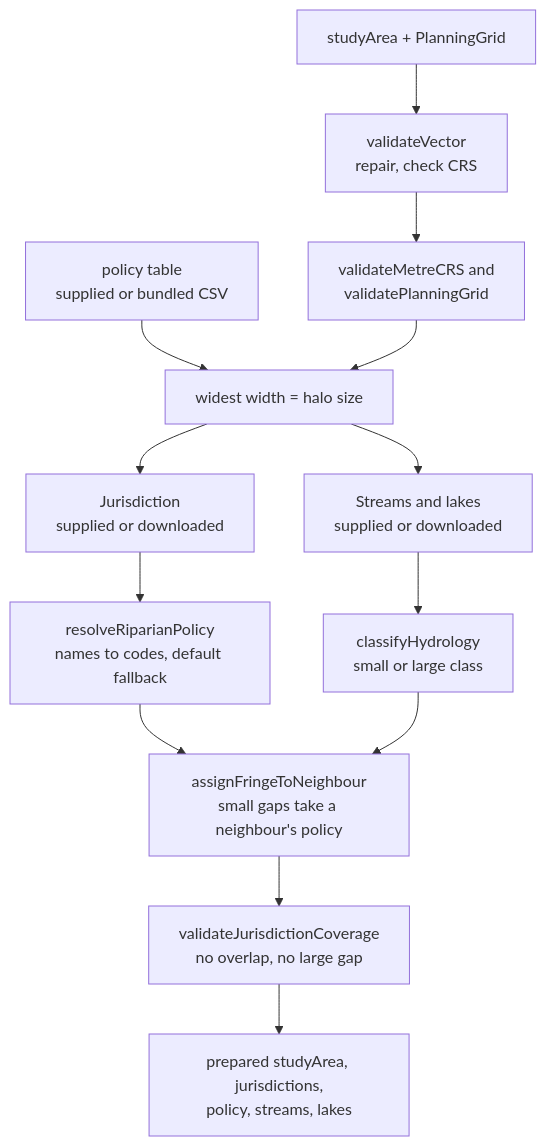
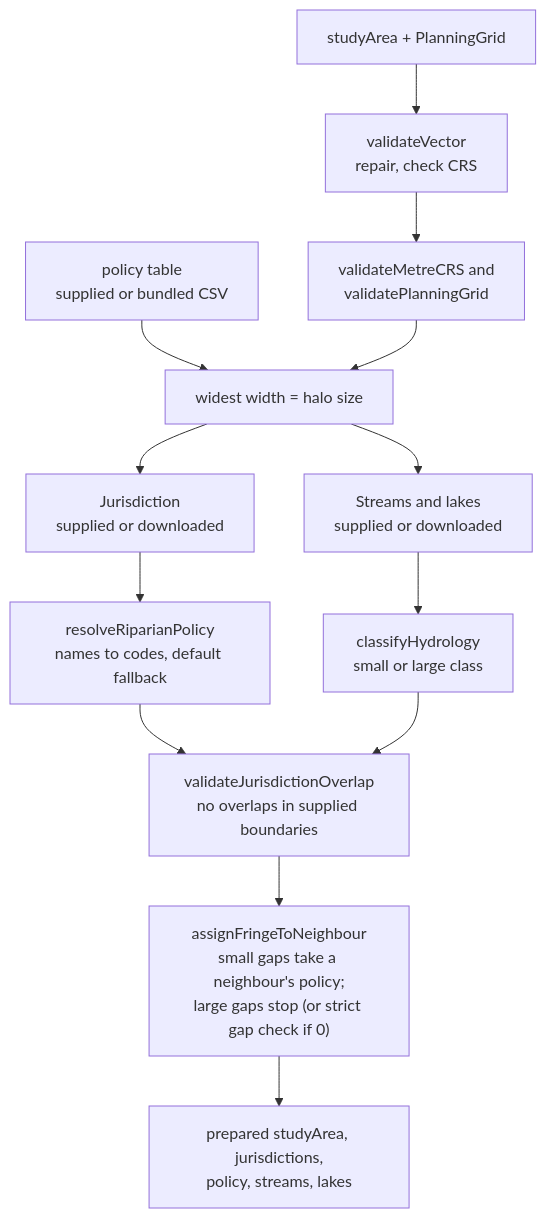
The third of 5 diagrams in README.md (pedrogit/RiparianBuffers), drawn with Mermaid before and after one commit. The commit also changed other lines of this file and 3 other files, not shown here.

Commit message:
Check jurisdiction overlaps before fringe assignment

````diff
--- a/README.md
+++ b/README.md
@@ -237,15 +240,15 @@
 ```mermaid
 flowchart TD
     S["studyArea + PlanningGrid"] --> V1["validateVector<br/>repair, check CRS"]
     V1 --> V2["validateMetreCRS and<br/>validatePlanningGrid"]
     P["policy table<br/>supplied or bundled CSV"] --> W["widest width = halo size"]
     V2 --> W
     W --> J["Jurisdiction<br/>supplied or downloaded"]
     W --> HS["Streams and lakes<br/>supplied or downloaded"]
     J --> R["resolveRiparianPolicy<br/>names to codes, default fallback"]
     HS --> C["classifyHydrology<br/>small or large class"]
-    R --> F["assignFringeToNeighbour<br/>small gaps take a neighbour's policy"]
-    C --> F
-    F --> K["validateJurisdictionCoverage<br/>no overlap, no large gap"]
-    K --> O["prepared studyArea, jurisdictions,<br/>policy, streams, lakes"]
+    R --> K["validateJurisdictionOverlap<br/>no overlaps in supplied boundaries"]
+    C --> K
+    K --> F["assignFringeToNeighbour<br/>small gaps take a neighbour's policy;<br/>large gaps stop (or strict gap check if 0)"]
+    F --> O["prepared studyArea, jurisdictions,<br/>policy, streams, lakes"]
 ```
````
